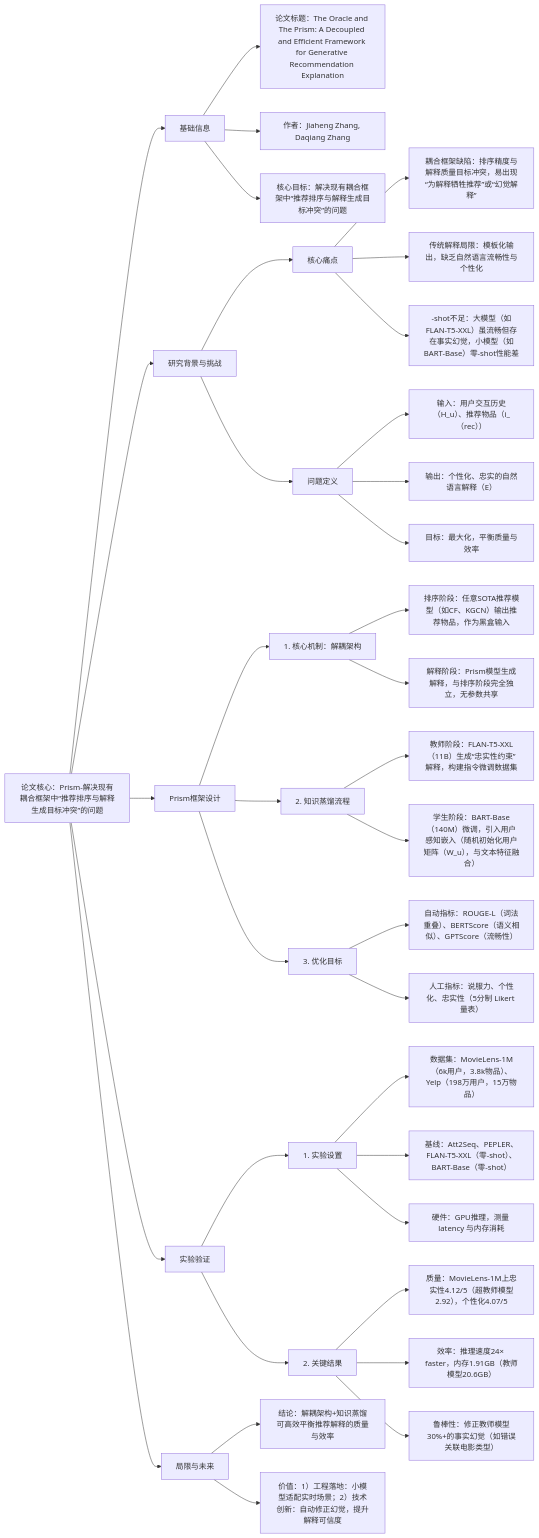
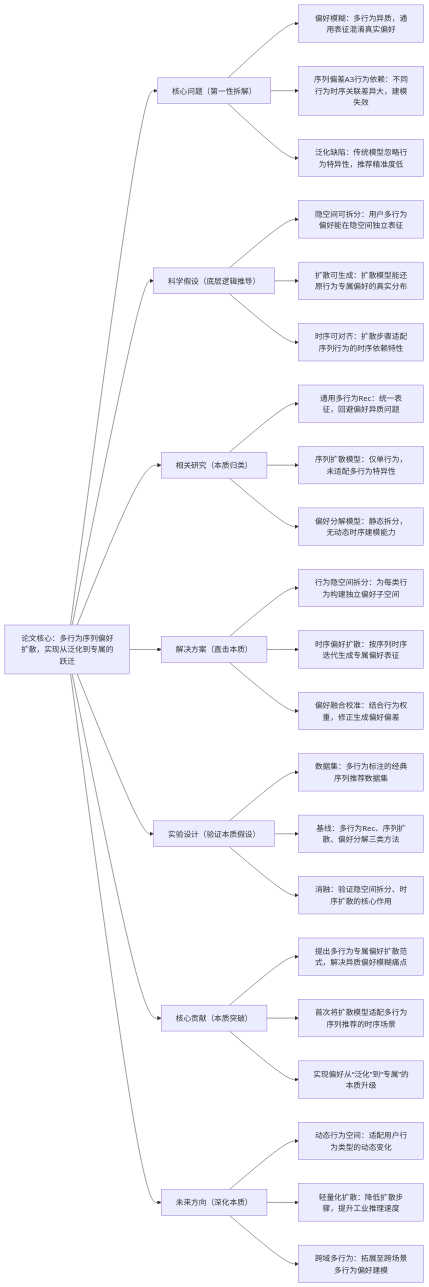
The diagram in notes/2026/2602/3-week/001-Prism.md (stephenZkang/recommended-paper-weekly-reading), drawn with Mermaid before and after one commit. The commit also changed other lines of this file and 4 other files, not shown here.

````diff
--- a/notes/2026/2602/3-week/001-Prism.md
+++ b/notes/2026/2602/3-week/001-Prism.md
@@ -8,47 +9,39 @@
 ```mermaid
 graph LR
-A[论文核心：Prism-解决现有耦合框架中“推荐排序与解释生成目标冲突”的问题] --> B[基础信息]
+    Root[论文核心：多行为序列偏好扩散，实现从泛化到专属的跃迁]
+    Root --> A[核心问题（第一性拆解）]
+    A --> A1[偏好模糊：多行为异质，通用表征混淆真实偏好]
+    A --> A2[序列偏差A3行为依赖：不同行为时序关联差异大，建模失效]
+    A --> A3[泛化缺陷：传统模型忽略行为特异性，推荐精准度低]
+    
+    Root --> B[科学假设（底层逻辑推导）]
+    B --> B1[隐空间可拆分：用户多行为偏好能在隐空间独立表征]
+    B --> B2[扩散可生成：扩散模型能还原行为专属偏好的真实分布]
+    B --> B3[时序可对齐：扩散步骤适配序列行为的时序依赖特性]
+    
+    Root --> C[相关研究（本质归类）]
+    C --> C1[通用多行为Rec：统一表征，回避偏好异质问题]
+    C --> C2[序列扩散模型：仅单行为，未适配多行为特异性]
+    C --> C3[偏好分解模型：静态拆分，无动态时序建模能力]
+    
+    Root --> D[解决方案（直击本质）]
+    D --> D1[行为隐空间拆分：为每类行为构建独立偏好子空间]
+    D --> D2[时序偏好扩散：按序列时序迭代生成专属偏好表征]
+    D --> D3[偏好融合校准：结合行为权重，修正生成偏好偏差]
+    
+    Root --> E[实验设计（验证本质假设）]
+    E --> E1[数据集：多行为标注的经典序列推荐数据集]
+    E --> E2[基线：多行为Rec、序列扩散、偏好分解三类方法]
+    E --> E3[消融：验证隐空间拆分、时序扩散的核心作用]
+    
+    Root --> F[核心贡献（本质突破）]
+    F --> F1[提出多行为专属偏好扩散范式，解决异质偏好模糊痛点]
+    F --> F2[首次将扩散模型适配多行为序列推荐的时序场景]
+    F --> F3[实现偏好从“泛化”到“专属”的本质升级]
+    
+    Root --> G[未来方向（深化本质）]
+    G --> G1[动态行为空间：适配用户行为类型的动态变化]
+    G --> G2[轻量化扩散：降低扩散步骤，提升工业推理速度]
+    G --> G3[跨域多行为：拓展至跨场景多行为偏好建模]
 
-B --> B1[论文标题：The Oracle and The Prism: A Decoupled and Efficient Framework for Generative Recommendation Explanation]
-B --> B2[作者：Jiaheng Zhang, Daqiang Zhang]
-B --> B3[核心目标：解决现有耦合框架中“推荐排序与解释生成目标冲突”的问题]
-
-A --> C[研究背景与挑战]
-C --> C1[核心痛点]
-C1 --> C11[耦合框架缺陷：排序精度与解释质量目标冲突，易出现“为解释牺牲推荐”或“幻觉解释”]
-C1 --> C12[传统解释局限：模板化输出，缺乏自然语言流畅性与个性化]
-C1 --> C13[-shot不足：大模型（如FLAN-T5-XXL）虽流畅但存在事实幻觉，小模型（如BART-Base）零-shot性能差]
-C --> C2[问题定义]
-C2 --> C21[输入：用户交互历史（H_u）、推荐物品（i_（rec））]
-C2 --> C22[输出：个性化、忠实的自然语言解释（E）]
-C2 --> C23[目标：最大化，平衡质量与效率]
-
-A --> D[Prism框架设计]
-
-D --> D1[1. 核心机制：解耦架构]
-D1 --> D11[排序阶段：任意SOTA推荐模型（如CF、KGCN）输出推荐物品，作为黑盒输入]
-D1 --> D12[解释阶段：Prism模型生成解释，与排序阶段完全独立，无参数共享]
-D --> D2[2. 知识蒸馏流程]
-D2 --> D21[教师阶段：FLAN-T5-XXL（11B）生成“忠实性约束”解释，构建指令微调数据集]
-D2 --> D22[学生阶段：BART-Base（140M）微调，引入用户感知嵌入（随机初始化用户矩阵（W_u），与文本特征融合）]
-D --> D3[3. 优化目标]
-D3 --> D31[自动指标：ROUGE-L（词法重叠）、BERTScore（语义相似）、GPTScore（流畅性）]
-D3 --> D32[人工指标：说服力、个性化、忠实性（5分制 Likert 量表）]
-
-
-A --> E[实验验证]
-
-E --> E1[1. 实验设置]
-E1 --> E11[数据集：MovieLens-1M（6k用户，3.8k物品）、Yelp（198万用户，15万物品）]
-E1 --> E12[基线：Att2Seq、PEPLER、FLAN-T5-XXL（零-shot）、BART-Base（零-shot）]
-E1 --> E13[硬件：GPU推理，测量 latency 与内存消耗]
-E --> E2[2. 关键结果]
-E2 --> E21[质量：MovieLens-1M上忠实性4.12/5（超教师模型2.92），个性化4.07/5]
-E2 --> E22[效率：推理速度24× faster，内存1.91GB（教师模型20.6GB）]
-E2 --> E23[鲁棒性：修正教师模型30%+的事实幻觉（如错误关联电影类型）]
-
-A --> F[局限与未来]
-
-F --> F1[结论：解耦架构+知识蒸馏可高效平衡推荐解释的质量与效率]
-F --> F2[价值：1）工程落地：小模型适配实时场景；2）技术创新：自动修正幻觉，提升解释可信度]
 ```
````
